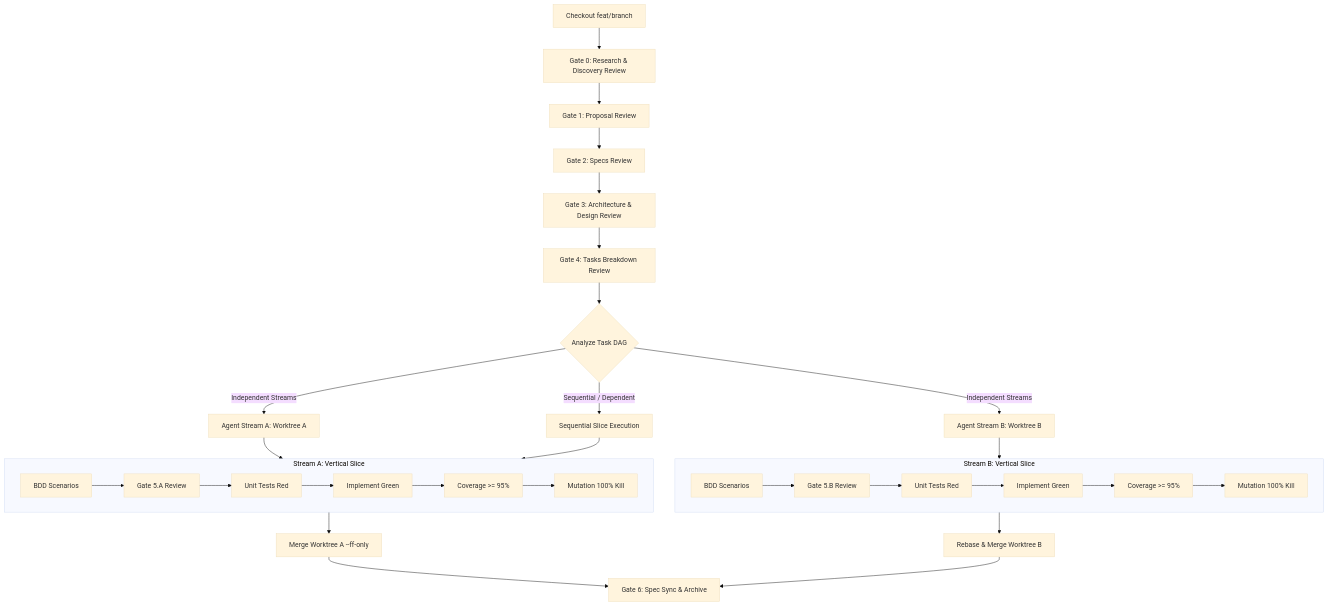
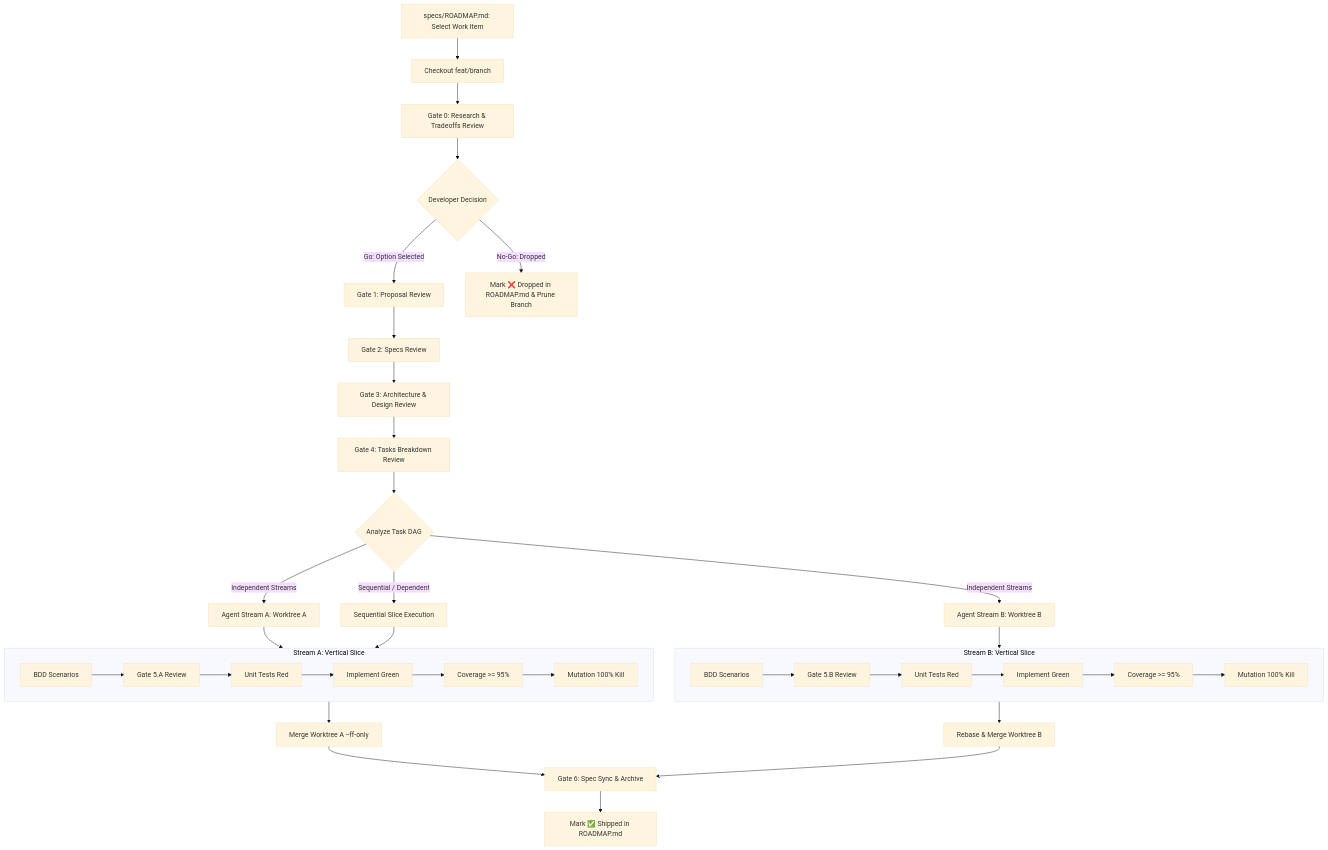
The first of 2 diagrams in specs/WORKFLOW.md (mgabs/SDTRD), drawn with Mermaid (base theme) before and after one commit. The commit also changed other lines of this file and 4 other files, not shown here.

Commit message:
fix(workflow): integrate macro roadmap layer, purge stack leaks, and add Gate 0 Go/No-Go decision flow

````diff
--- a/specs/WORKFLOW.md
+++ b/specs/WORKFLOW.md
@@ -117,38 +119,44 @@
 ```mermaid
 flowchart TD
-    B0[Checkout feat/branch] --> G0[Gate 0: Research & Discovery Review]
-    G0 --> G1[Gate 1: Proposal Review]
+    RD[specs/ROADMAP.md: Select Work Item] --> B0[Checkout feat/branch]
+    B0 --> G0[Gate 0: Research & Tradeoffs Review]
+    G0 --> Dec0{Developer Decision}
+
+    Dec0 -- Go: Option Selected --> G1[Gate 1: Proposal Review]
+    Dec0 -- No-Go: Dropped --> Drop[Mark ❌ Dropped in ROADMAP.md & Prune Branch]
+
     G1 --> G2[Gate 2: Specs Review]
     G2 --> G3[Gate 3: Architecture & Design Review]
     G3 --> G4[Gate 4: Tasks Breakdown Review]
     G4 --> DAG{Analyze Task DAG}
 
     DAG -- Independent Streams --> S_A[Agent Stream A: Worktree A]
     DAG -- Independent Streams --> S_B[Agent Stream B: Worktree B]
     DAG -- Sequential / Dependent --> S_Seq[Sequential Slice Execution]
 
     subgraph StreamA_Loop [Stream A: Vertical Slice]
         A1[BDD Scenarios] --> GA[Gate 5.A Review]
         GA --> A2[Unit Tests Red]
         A2 --> A3[Implement Green]
         A3 --> A4[Coverage >= 95%]
         A4 --> A5[Mutation 100% Kill]
     end
 
     subgraph StreamB_Loop [Stream B: Vertical Slice]
         B1[BDD Scenarios] --> GB[Gate 5.B Review]
         GB --> B2[Unit Tests Red]
         B2 --> B3[Implement Green]
         B3 --> B4[Coverage >= 95%]
         B4 --> B5[Mutation 100% Kill]
     end
 
     S_A --> StreamA_Loop
     S_B --> StreamB_Loop
     S_Seq --> StreamA_Loop
 
     StreamA_Loop --> MA[Merge Worktree A --ff-only]
     StreamB_Loop --> MB[Rebase & Merge Worktree B]
 
     MA & MB --> G6[Gate 6: Spec Sync & Archive]
+    G6 --> UpdRD[Mark ✅ Shipped in ROADMAP.md]
 ```
````
